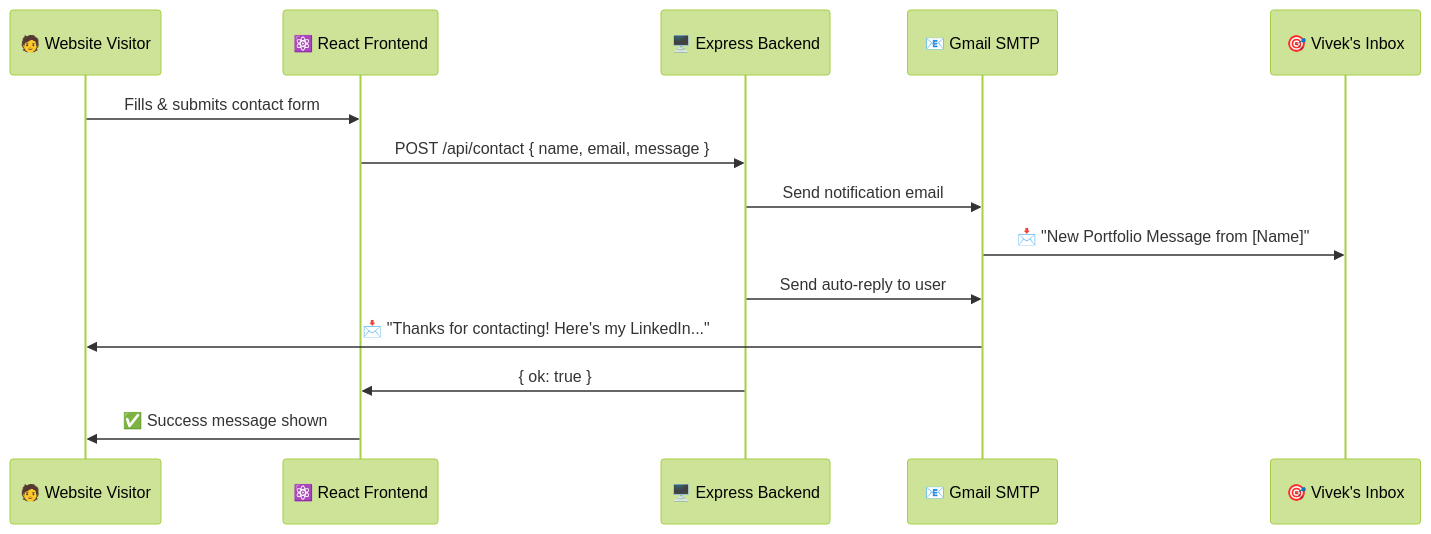
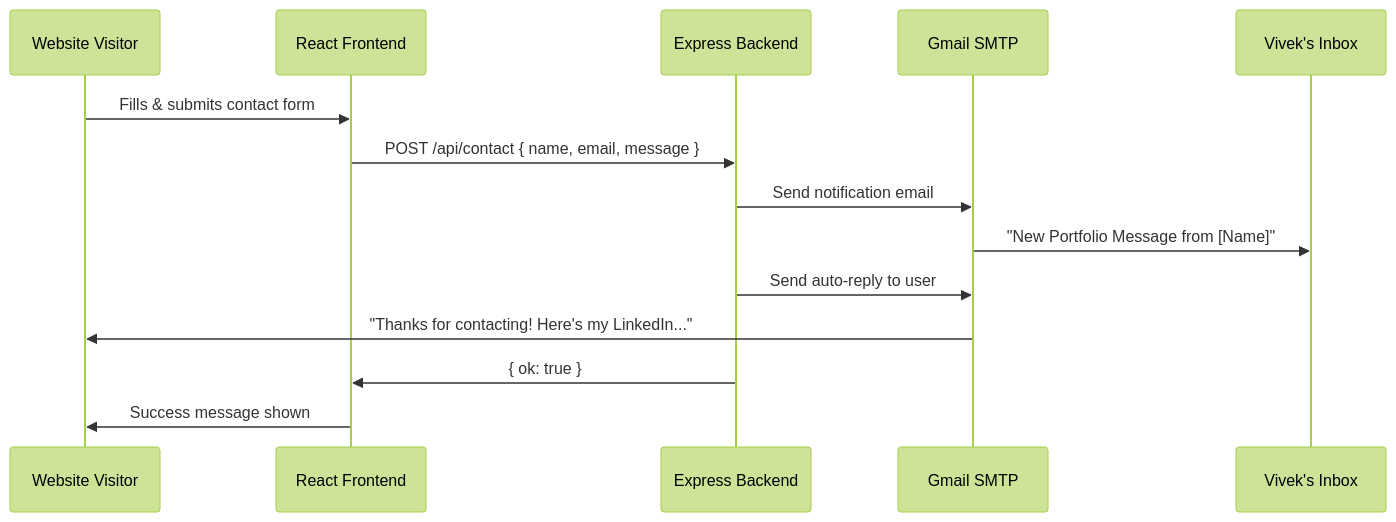
The diagram in README.md (VivekChaurasiya95/Portfolio), drawn with Mermaid (forest theme) before and after one commit. The commit also changed other lines of this file and 1 other file, not shown here.

````diff
--- a/README.md
+++ b/README.md
@@ -267,17 +267,17 @@
 ```mermaid
 sequenceDiagram
-    participant User as 🧑 Website Visitor
-    participant Frontend as ⚛️ React Frontend
-    participant Backend as 🖥️ Express Backend
-    participant SMTP as 📧 Gmail SMTP
-    participant You as 🎯 Vivek's Inbox
+    participant User as  Website Visitor
+    participant Frontend as  React Frontend
+    participant Backend as  Express Backend
+    participant SMTP as  Gmail SMTP
+    participant You as  Vivek's Inbox
 
     User->>Frontend: Fills & submits contact form
     Frontend->>Backend: POST /api/contact { name, email, message }
     Backend->>SMTP: Send notification email
-    SMTP->>You: 📩 "New Portfolio Message from [Name]"
+    SMTP->>You:  "New Portfolio Message from [Name]"
     Backend->>SMTP: Send auto-reply to user
-    SMTP->>User: 📩 "Thanks for contacting! Here's my LinkedIn..."
+    SMTP->>User:  "Thanks for contacting! Here's my LinkedIn..."
     Backend->>Frontend: { ok: true }
-    Frontend->>User: ✅ Success message shown
+    Frontend->>User:  Success message shown
 ```
````
